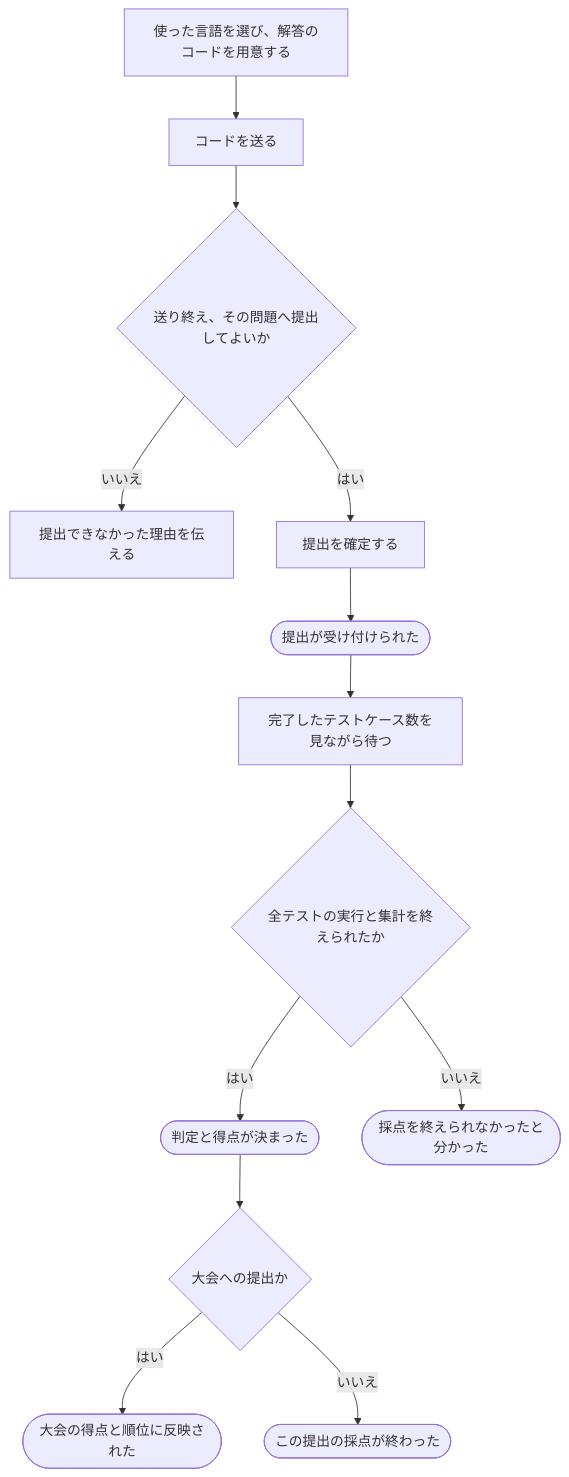
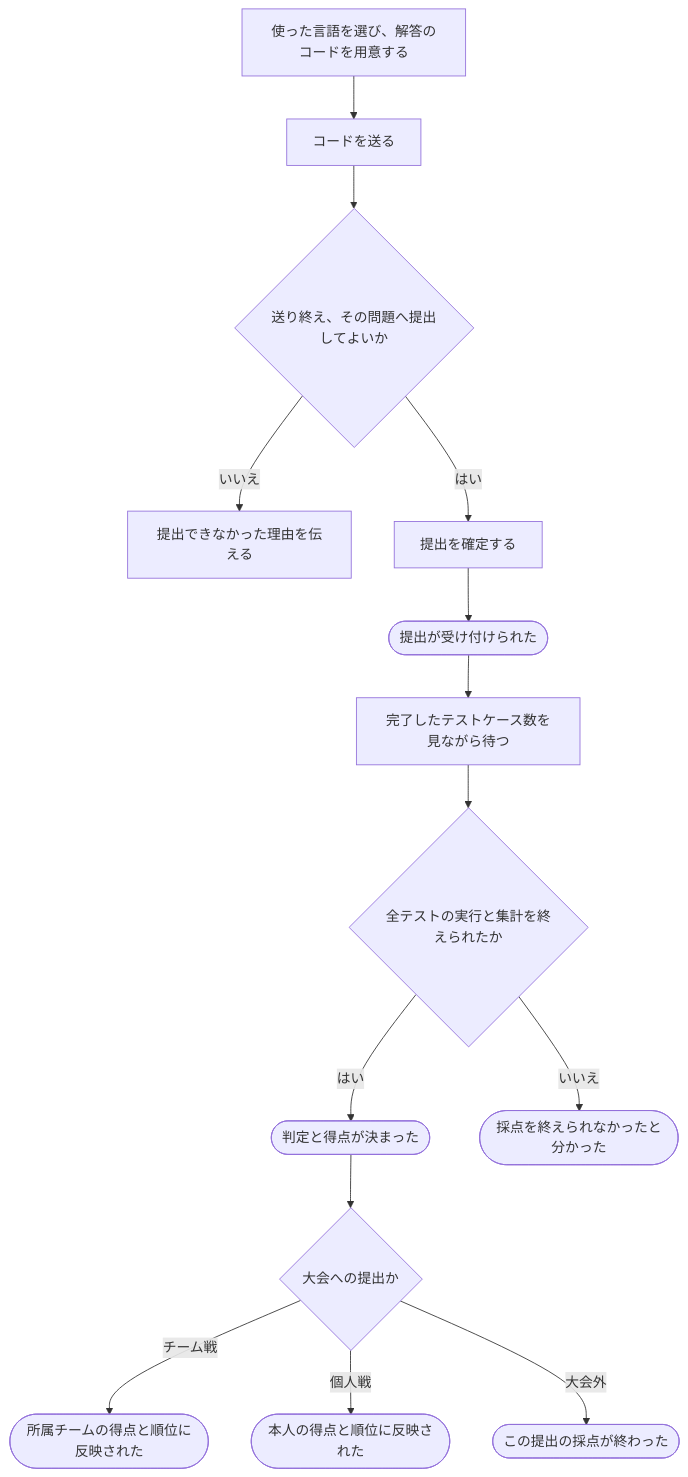
Before and after one commit to traP-jp/traOJudge: the diagram in docs/requirements/scenarios/submissions/submit-answer.md, drawn with Mermaid. The commit also changed other lines of this file and 137 other files, not shown here.

````diff
--- a/docs/requirements/scenarios/submissions/submit-answer.md
+++ b/docs/requirements/scenarios/submissions/submit-answer.md
@@ -25,15 +33,16 @@
 ```mermaid
 flowchart TD
     A["使った言語を選び、解答のコードを用意する"] --> B["コードを送る"]
     B --> C{"送り終え、その問題へ提出してよいか"}
     C -->|いいえ| D["提出できなかった理由を伝える"]
     C -->|はい| E["提出を確定する"]
     E --> F(["提出が受け付けられた"])
     F --> G["完了したテストケース数を見ながら待つ"]
     G --> H{"全テストの実行と集計を終えられたか"}
     H -->|はい| I(["判定と得点が決まった"])
     H -->|いいえ| J(["採点を終えられなかったと分かった"])
     I --> K{"大会への提出か"}
-    K -->|はい| L(["大会の得点と順位に反映された"])
-    K -->|いいえ| M(["この提出の採点が終わった"])
+    K -->|チーム戦| L(["所属チームの得点と順位に反映された"])
+    K -->|個人戦| M(["本人の得点と順位に反映された"])
+    K -->|大会外| N(["この提出の採点が終わった"])
 ```
````
